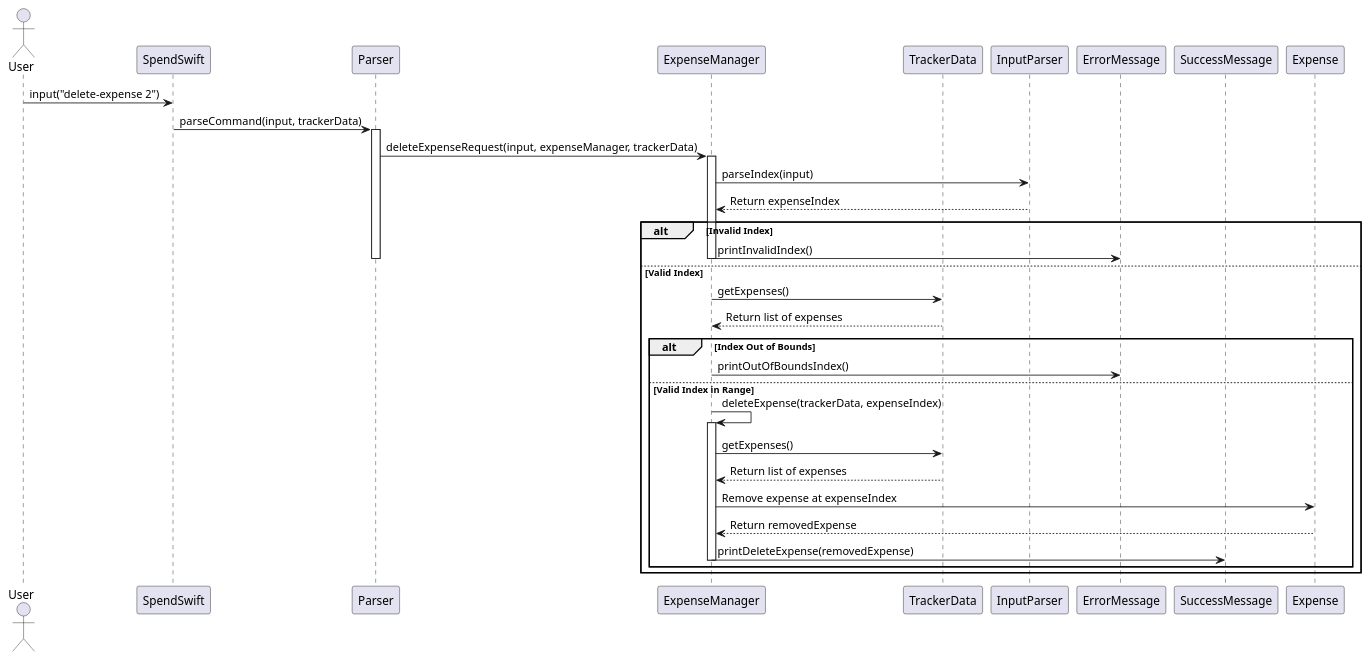
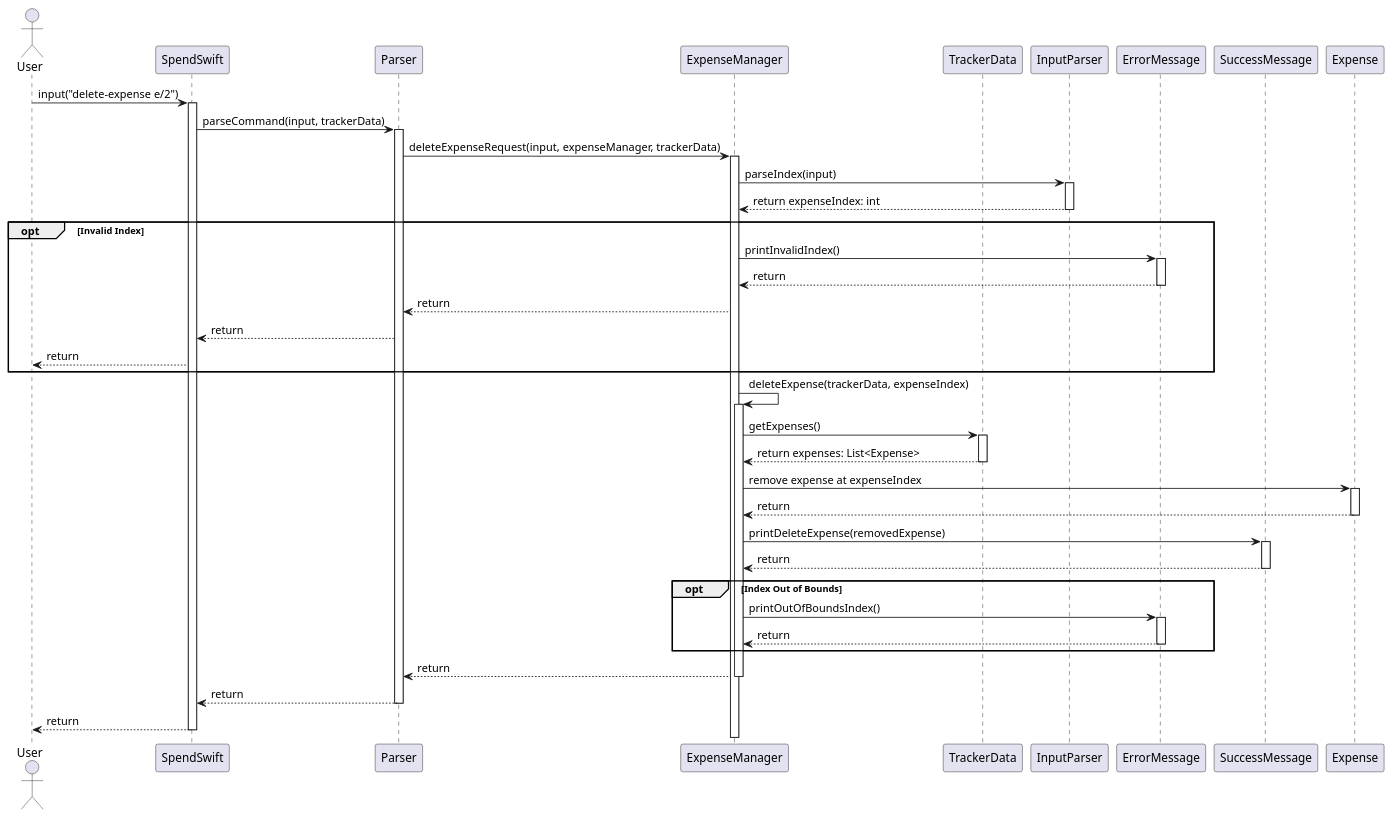
One commit to nus-cs2113-AY2425S1/tp changed the diagram in docs/diagrams/DeleteExpense.puml. Above: the diagram before and after it, drawn with PlantUML. The commit also changed 2 other files, not shown here.

Commit message:
Add delete-expense sequence diagram

```diff
--- a/docs/diagrams/DeleteExpense.puml
+++ b/docs/diagrams/DeleteExpense.puml
@@ -1,50 +1,67 @@
 @startuml
 actor User
 participant SpendSwift
 participant Parser
 participant ExpenseManager
 participant TrackerData
 participant InputParser
 participant ErrorMessage
 participant SuccessMessage
 participant Expense
 
-User -> SpendSwift : input("delete-expense 2")
+User -> SpendSwift : input("delete-expense e/2")
+activate SpendSwift
 SpendSwift -> Parser : parseCommand(input, trackerData)
 
 activate Parser
 Parser -> ExpenseManager : deleteExpenseRequest(input, expenseManager, trackerData)
 
 activate ExpenseManager
 ExpenseManager -> InputParser : parseIndex(input)
-InputParser --> ExpenseManager : Return expenseIndex
+activate InputParser
+InputParser --> ExpenseManager : return expenseIndex: int
+deactivate InputParser
 
-alt Invalid Index
+opt Invalid Index
     ExpenseManager -> ErrorMessage : printInvalidIndex()
-    deactivate ExpenseManager
-    deactivate Parser
-else Valid Index
-    ExpenseManager -> TrackerData : getExpenses()
-    TrackerData --> ExpenseManager : Return list of expenses
+    activate ErrorMessage
+    ErrorMessage --> ExpenseManager : return
+    deactivate ErrorMessage
+    ExpenseManager --> Parser : return
+    Parser --> SpendSwift : return
+    SpendSwift --> User : return
+end
 
-    alt Index Out of Bounds
-        ExpenseManager -> ErrorMessage : printOutOfBoundsIndex()
-        deactivate ExpenseManager
-        deactivate Parser
-    else Valid Index in Range
-        ExpenseManager -> ExpenseManager : deleteExpense(trackerData, expenseIndex)
+ExpenseManager -> ExpenseManager : deleteExpense(trackerData, expenseIndex)
 
-        activate ExpenseManager
-        ExpenseManager -> TrackerData : getExpenses()
-        TrackerData --> ExpenseManager : Return list of expenses
+activate ExpenseManager
+ExpenseManager -> TrackerData : getExpenses()
+activate TrackerData
+TrackerData --> ExpenseManager : return expenses: List<Expense>
+deactivate TrackerData
 
-        ExpenseManager -> Expense : Remove expense at expenseIndex
-        Expense --> ExpenseManager : Return removedExpense
+ExpenseManager -> Expense : remove expense at expenseIndex
+activate Expense
+Expense --> ExpenseManager : return
+deactivate Expense
 
-        ExpenseManager -> SuccessMessage : printDeleteExpense(removedExpense)
-        deactivate ExpenseManager
-    end
+ExpenseManager -> SuccessMessage : printDeleteExpense(removedExpense)
+activate SuccessMessage
+SuccessMessage --> ExpenseManager : return
+deactivate SuccessMessage
+
+opt Index Out of Bounds
+    ExpenseManager -> ErrorMessage : printOutOfBoundsIndex()
+    activate ErrorMessage
+    ErrorMessage --> ExpenseManager : return
+    deactivate ErrorMessage
 end
+
+ExpenseManager --> Parser : return
 deactivate ExpenseManager
+Parser --> SpendSwift : return
 deactivate Parser
+SpendSwift --> User : return
+deactivate SpendSwift
+
 @enduml
```
